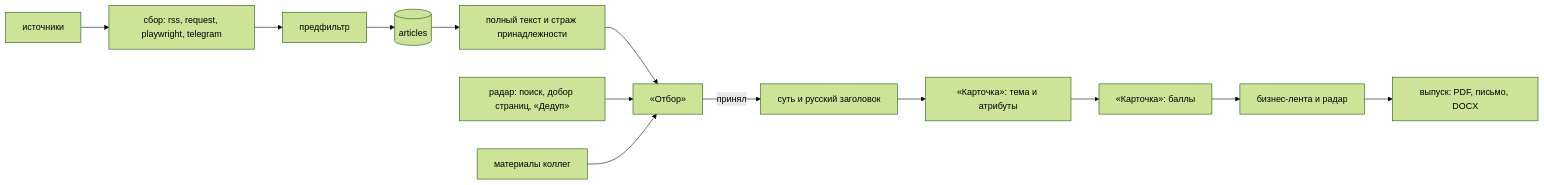
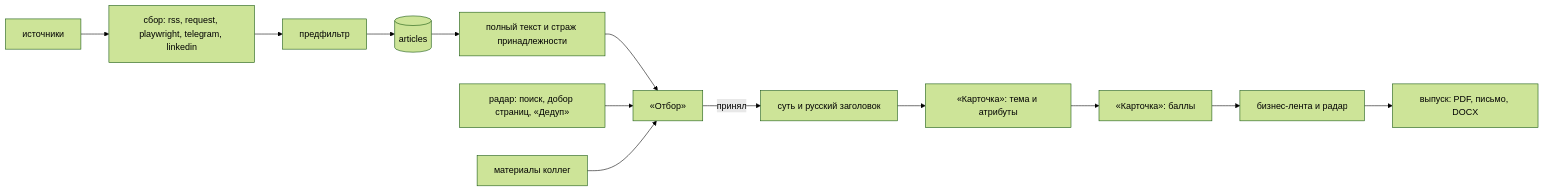
The diagram in docs/architecture.md (electromop/oiltech-digest), drawn with Mermaid (forest theme) before and after one commit. The commit also changed other lines of this file and 12 other files, not shown here.

````diff
--- a/docs/architecture.md
+++ b/docs/architecture.md
@@ -78,15 +78,15 @@
 ```mermaid
 flowchart LR
-  SRC["источники"] --> PARSE["сбор: rss, request, playwright, telegram"]
+  SRC["источники"] --> PARSE["сбор: rss, request, playwright, telegram, linkedin"]
   PARSE --> PREF["предфильтр"]
   PREF --> ART[("articles")]
   ART --> FULL["полный текст и страж принадлежности"]
   FULL --> OTB["«Отбор»"]
   RAD["радар: поиск, добор страниц, «Дедуп»"] --> OTB
   BOT["материалы коллег"] --> OTB
   OTB -->|принял| SUM["суть и русский заголовок"]
   SUM --> CARD["«Карточка»: тема и атрибуты"]
   CARD --> SC["«Карточка»: баллы"]
   SC --> UI["бизнес-лента и радар"]
   UI --> DIG["выпуск: PDF, письмо, DOCX"]
 ```
````
